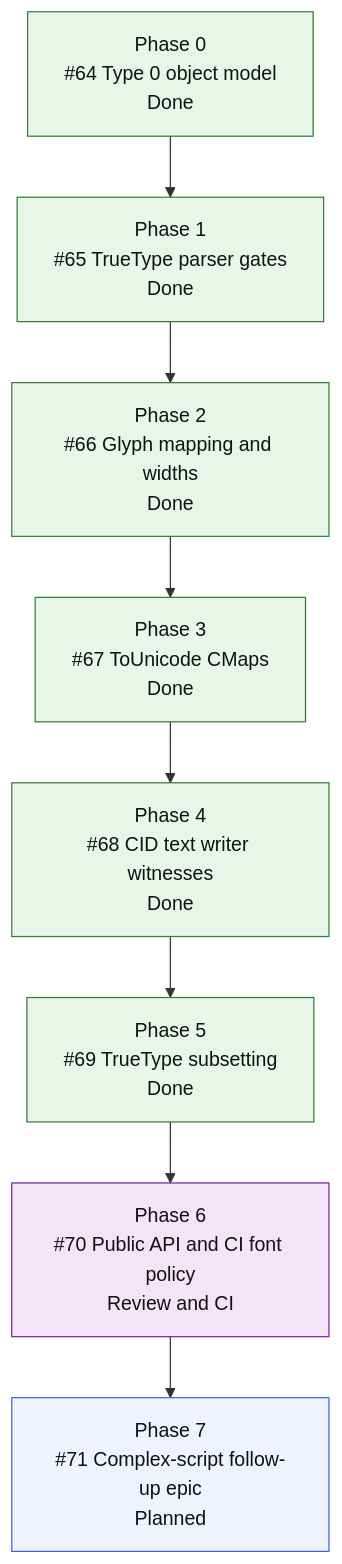
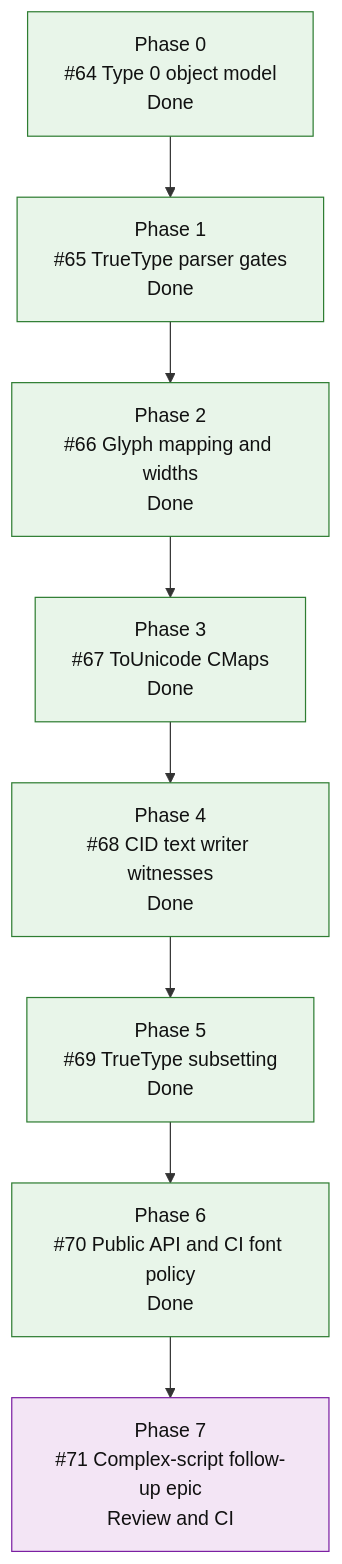
The third of 4 diagrams in README.md (mihaelamj/MarkdownPDF), drawn with Mermaid before and after one commit. The commit also changed other lines of this file and 3 other files, not shown here.

First line of the commit message:
docs(roadmap): seed complex script shaping epic

````diff
--- a/README.md
+++ b/README.md
@@ -271,22 +271,21 @@
 ```mermaid
 flowchart TD
     E0["Phase 0<br/>#64 Type 0 object model<br/>Done"]
     E1["Phase 1<br/>#65 TrueType parser gates<br/>Done"]
     E2["Phase 2<br/>#66 Glyph mapping and widths<br/>Done"]
     E3["Phase 3<br/>#67 ToUnicode CMaps<br/>Done"]
     E4["Phase 4<br/>#68 CID text writer witnesses<br/>Done"]
     E5["Phase 5<br/>#69 TrueType subsetting<br/>Done"]
-    E6["Phase 6<br/>#70 Public API and CI font policy<br/>Review and CI"]
-    E7["Phase 7<br/>#71 Complex-script follow-up epic<br/>Planned"]
+    E6["Phase 6<br/>#70 Public API and CI font policy<br/>Done"]
+    E7["Phase 7<br/>#71 Complex-script follow-up epic<br/>Review and CI"]
 
     E0 --> E1 --> E2 --> E3 --> E4 --> E5 --> E6 --> E7
 
     classDef done fill:#e8f5e9,stroke:#2e7d32,color:#111;
     classDef active fill:#e3f2fd,stroke:#1565c0,color:#111;
     classDef review fill:#f3e5f5,stroke:#7b1fa2,color:#111;
     classDef next fill:#fff8e1,stroke:#f9a825,color:#111;
     classDef todo fill:#eef3ff,stroke:#3367d6,color:#111;
-    class E0,E1,E2,E3,E4,E5 done;
-    class E6 review;
-    class E7 todo;
+    class E0,E1,E2,E3,E4,E5,E6 done;
+    class E7 review;
 ```
````
